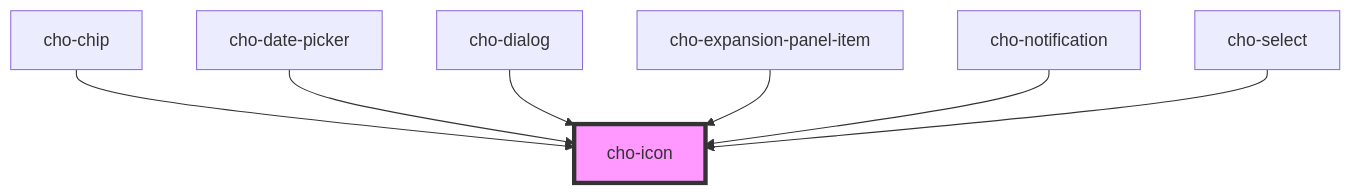
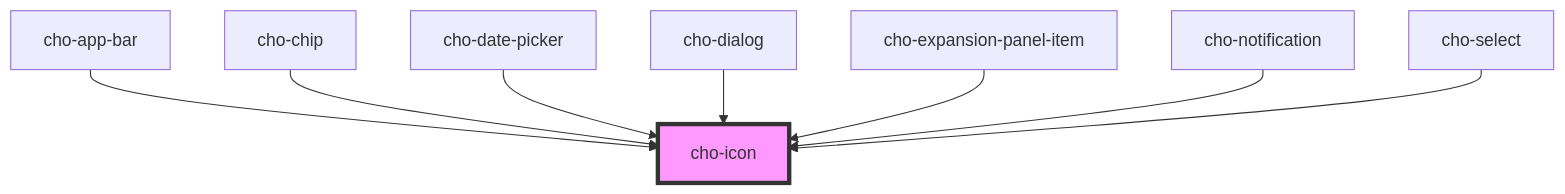
Before and after one commit to razvangeangu/cho-design-system: the diagram in packages/cho-components/src/components/data-display/icon/readme.md, drawn with Mermaid. The commit also changed other lines of this file and 30 other files, not shown here.

````diff
--- a/packages/cho-components/src/components/data-display/icon/readme.md
+++ b/packages/cho-components/src/components/data-display/icon/readme.md
@@ -28,10 +29,11 @@
 ```mermaid
 graph TD;
+  cho-app-bar --> cho-icon
   cho-chip --> cho-icon
   cho-date-picker --> cho-icon
   cho-dialog --> cho-icon
   cho-expansion-panel-item --> cho-icon
   cho-notification --> cho-icon
   cho-select --> cho-icon
   style cho-icon fill:#f9f,stroke:#333,stroke-width:4px
 ```
````
